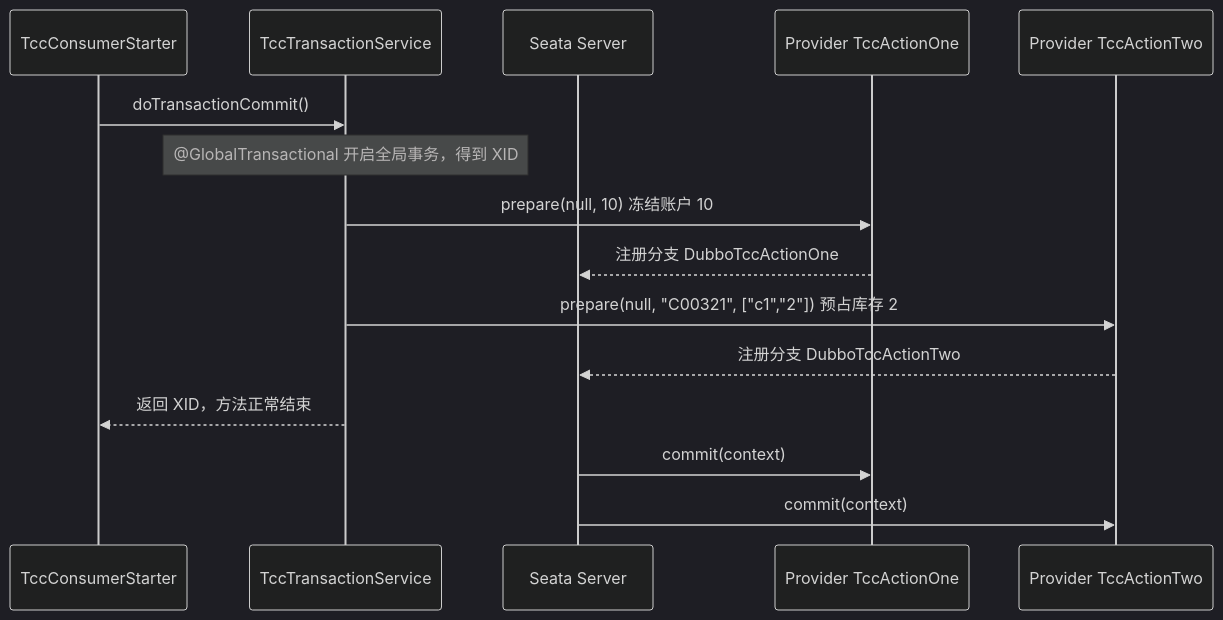
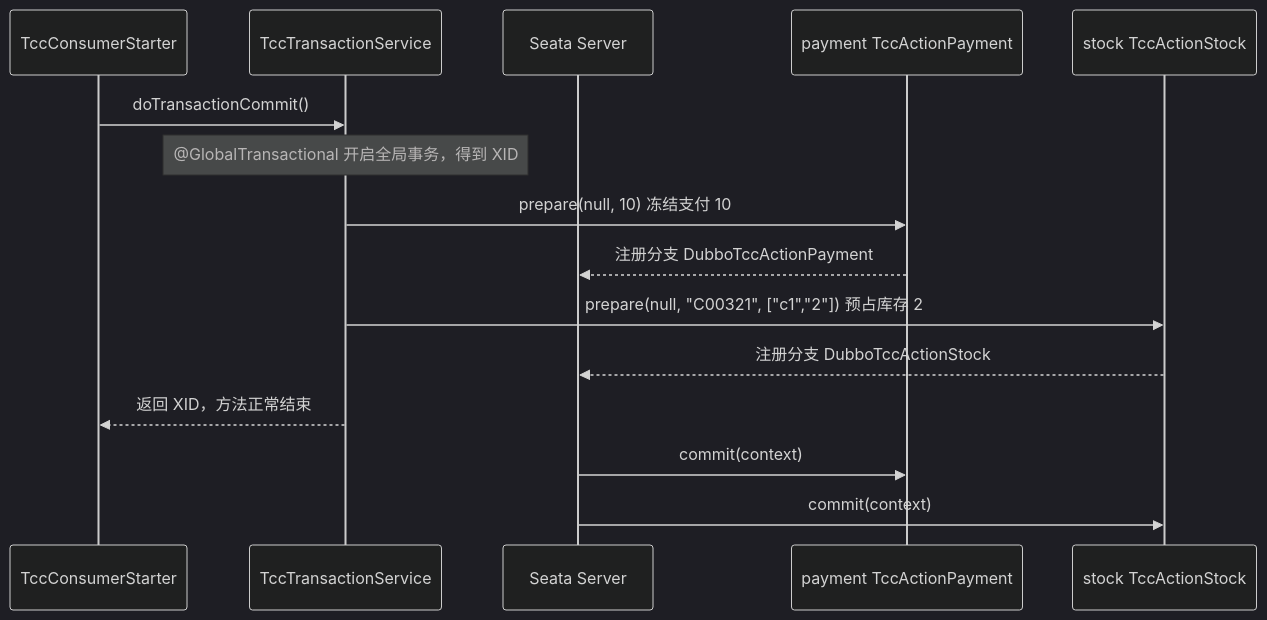
One commit to fanqingsong/incubator-seata-samples changed the diagram in docs/tcc.md. Above: the diagram before and after it, drawn with Mermaid (dark theme). The commit also changed other lines of this file and 49 other files, not shown here.

Commit message:
Split the Dubbo TCC sample into payment and stock services so each branch reserves its own table.

````diff
--- a/docs/tcc.md
+++ b/docs/tcc.md
@@ -42,18 +42,18 @@
 ```mermaid
 sequenceDiagram
     participant Starter as TccConsumerStarter
     participant TM as TccTransactionService
     participant TC as Seata Server
-    participant One as Provider TccActionOne
-    participant Two as Provider TccActionTwo
+    participant One as payment TccActionPayment
+    participant Two as stock TccActionStock
 
     Starter->>TM: doTransactionCommit()
     Note over TM: @GlobalTransactional 开启全局事务，得到 XID
-    TM->>One: prepare(null, 10) 冻结账户 10
-    One-->>TC: 注册分支 DubboTccActionOne
+    TM->>One: prepare(null, 10) 冻结支付 10
+    One-->>TC: 注册分支 DubboTccActionPayment
     TM->>Two: prepare(null, "C00321", ["c1","2"]) 预占库存 2
-    Two-->>TC: 注册分支 DubboTccActionTwo
+    Two-->>TC: 注册分支 DubboTccActionStock
     TM-->>Starter: 返回 XID，方法正常结束
     TC->>One: commit(context)
     TC->>Two: commit(context)
 ```
````
